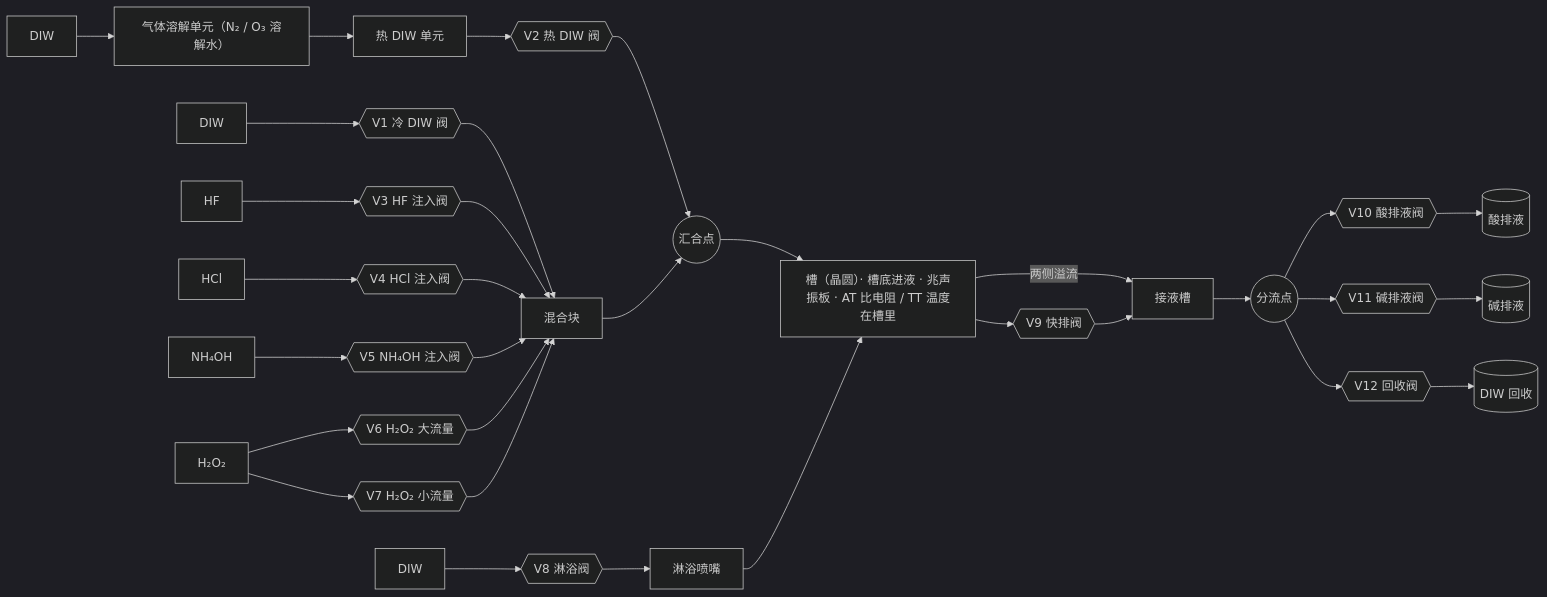
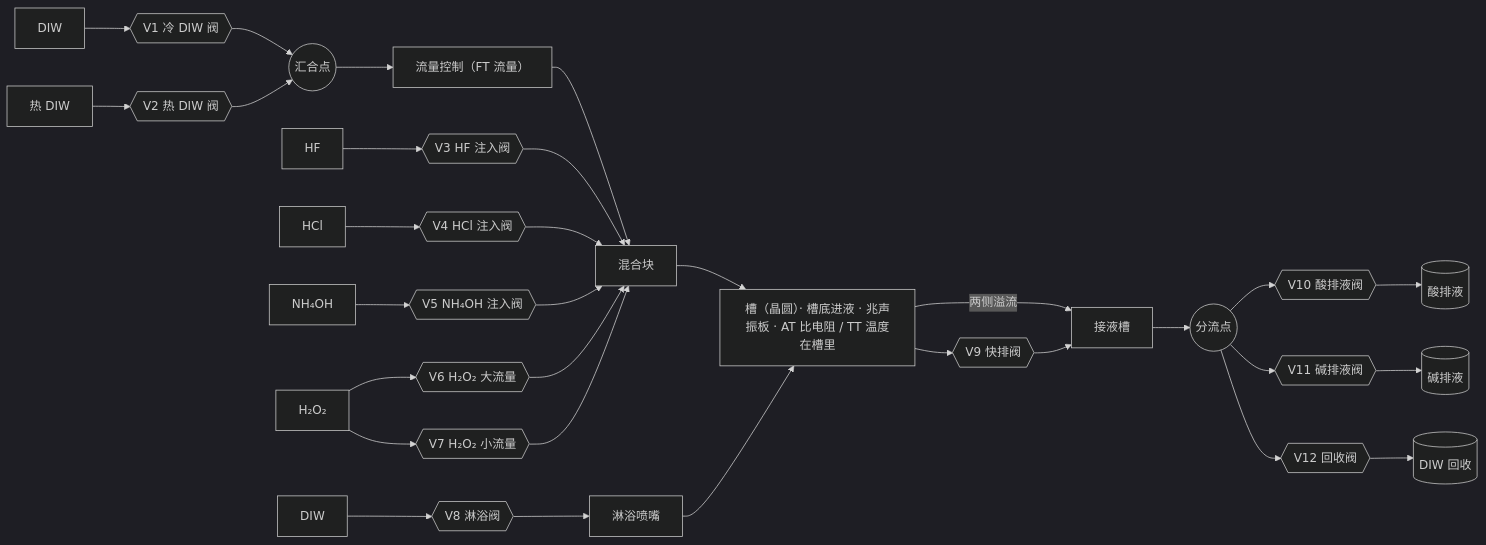
Before and after one commit to GuangxianZhu/SEMI-WetBatchCleaner: the second of 4 diagrams in docs/管路.md, drawn with Mermaid (dark theme). The commit also changed other lines of this file and 11 other files, not shown here.

First line of the commit message:
One-bath: hot DIW joins upstream of flow control; reclaim rules for shared drain

````diff
--- a/docs/管路.md
+++ b/docs/管路.md
@@ -100,18 +102,19 @@
 ```mermaid
 flowchart LR
-  CDIW["DIW"] --> V1{{"V1 冷 DIW 阀"}} --> MIX["混合块"]
+  CDIW["DIW"] --> V1{{"V1 冷 DIW 阀"}} --> JN(("汇合点"))
+  HDIW["热 DIW"] --> V2{{"V2 热 DIW 阀"}} --> JN
+  JN --> FCV["流量控制（FT 流量）"] --> MIX["混合块"]
   HF["HF"] --> V3{{"V3 HF 注入阀"}} --> MIX
   HCL["HCl"] --> V4{{"V4 HCl 注入阀"}} --> MIX
   NH["NH₄OH"] --> V5{{"V5 NH₄OH 注入阀"}} --> MIX
   HP["H₂O₂"] --> V6{{"V6 H₂O₂ 大流量"}} --> MIX
   HP --> V7{{"V7 H₂O₂ 小流量"}} --> MIX
-  HDIW0["DIW"] --> GDU["气体溶解单元（N₂ / O₃ 溶解水）"] --> HDU["热 DIW 单元"] --> V2{{"V2 热 DIW 阀"}} --> JN(("汇合点"))
-  MIX --> JN --> TANK["槽（晶圆）· 槽底进液 · 兆声振板 · AT 比电阻 / TT 温度在槽里"]
+  MIX --> TANK["槽（晶圆）· 槽底进液 · 兆声振板 · AT 比电阻 / TT 温度在槽里"]
   SDIW["DIW"] --> V8{{"V8 淋浴阀"}} --> NOZ["淋浴喷嘴"] --> TANK
   TANK -- "两侧溢流" --> PAN["接液槽"]
   TANK --> V9{{"V9 快排阀"}} --> PAN
   PAN --> JD(("分流点"))
   JD --> V10{{"V10 酸排液阀"}} --> ACID[("酸排液")]
   JD --> V11{{"V11 碱排液阀"}} --> ALK[("碱排液")]
   JD --> V12{{"V12 回收阀"}} --> REC[("DIW 回收")]
 ```
````
